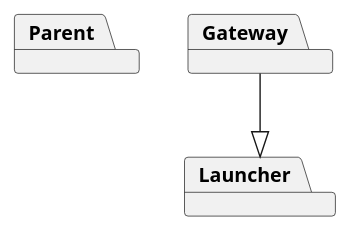
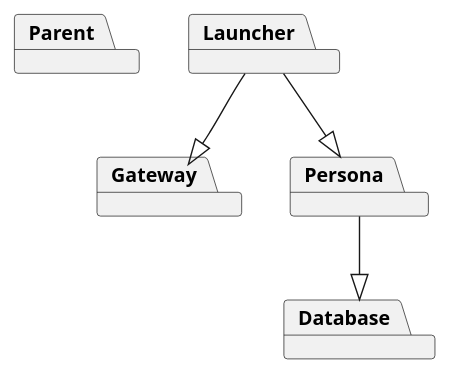
Before and after one commit to Swymn/VENTURE-Ugo-P5-Java: the diagram in parent/doc/design.adoc, drawn with PlantUML. The commit also changed 3 other files, not shown here.

```diff
--- a/parent/doc/design.adoc
+++ b/parent/doc/design.adoc
@@ -4,14 +4,16 @@
 [plantuml]
 ----
 @startuml
 package Parent
-
 package Gateway
-
 package Launcher
+package Persona
+package Database
 
 
-Gateway --|> Launcher
+Launcher --|> Gateway
+Launcher --|> Persona
+Persona --|> Database
 
 @enduml
 ----
```
